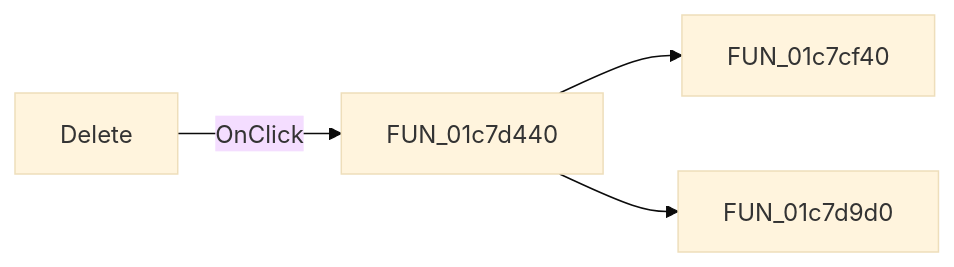
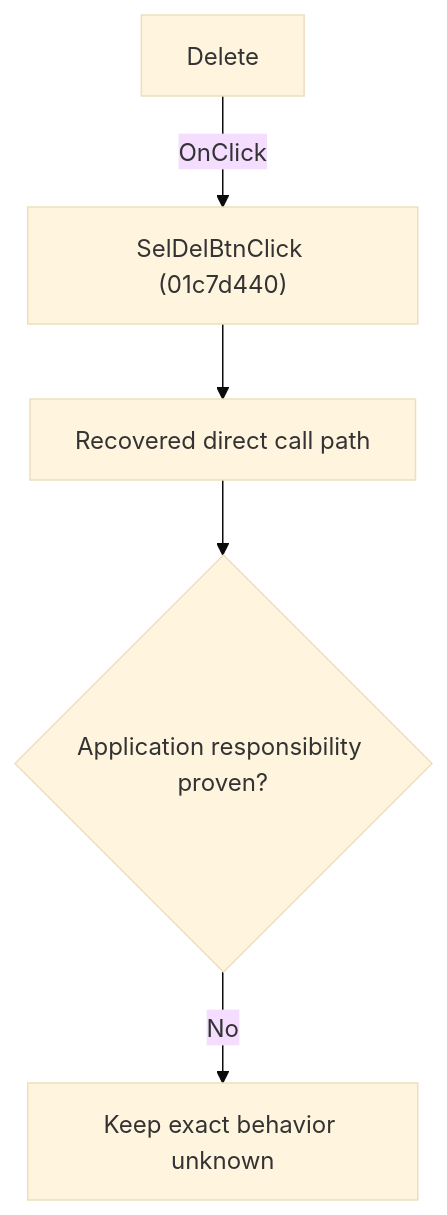
The diagram in docs/ui-controls/schematiceditor/seldelbtn-427853ad3c.md (MovGP0/TIARA), drawn with Mermaid (base theme) before and after one commit. The commit also changed other lines of this file and 1062 other files, not shown here.

````diff
--- a/docs/ui-controls/schematiceditor/seldelbtn-427853ad3c.md
+++ b/docs/ui-controls/schematiceditor/seldelbtn-427853ad3c.md
@@ -27,6 +27,7 @@
 ```mermaid
-flowchart LR
-    control["Delete"] -->|OnClick| handler["FUN_01c7d440"]
-    handler --> call1["FUN_01c7cf40"]
-    handler --> call2["FUN_01c7d9d0"]
+flowchart TD
+    control["Delete"] -->|"OnClick"| handler["SelDelBtnClick (01c7d440)"]
+    handler --> recovered["Recovered direct call path"]
+    recovered --> gap{"Application responsibility proven?"}
+    gap -->|"No"| blocked["Keep exact behavior unknown"]
 ```
````
